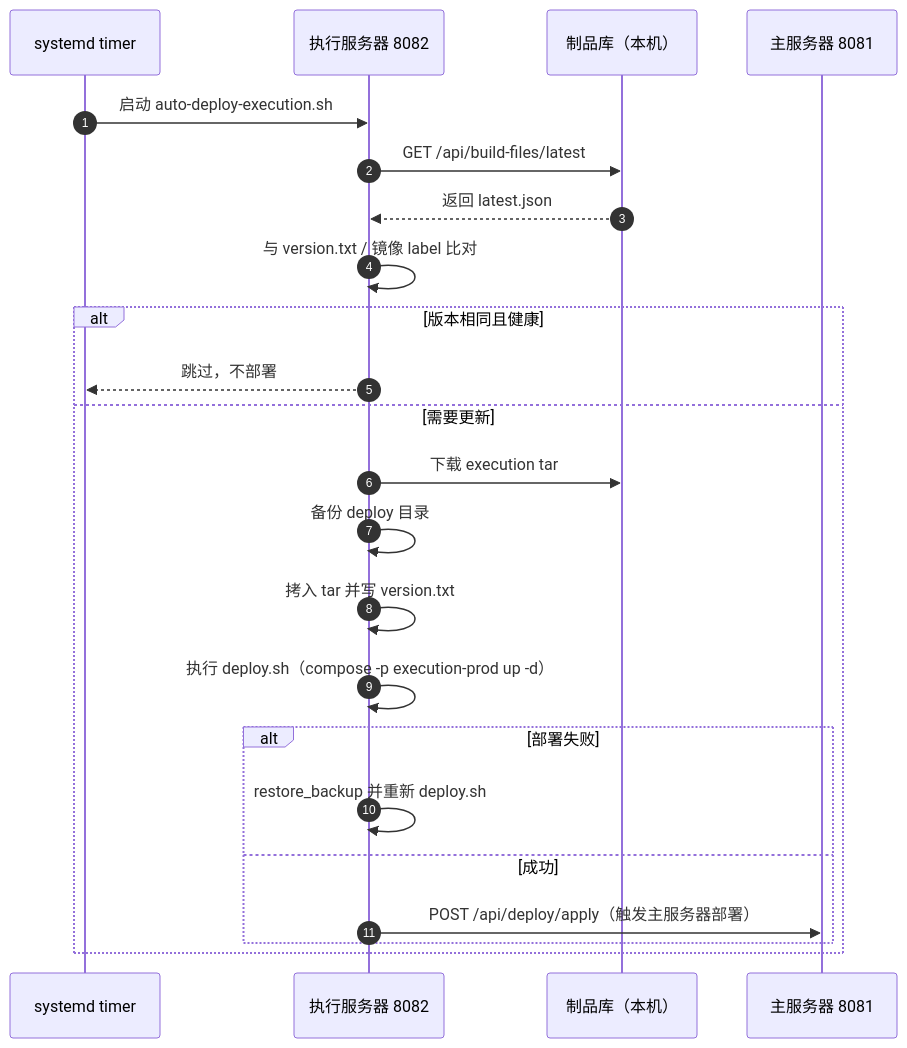
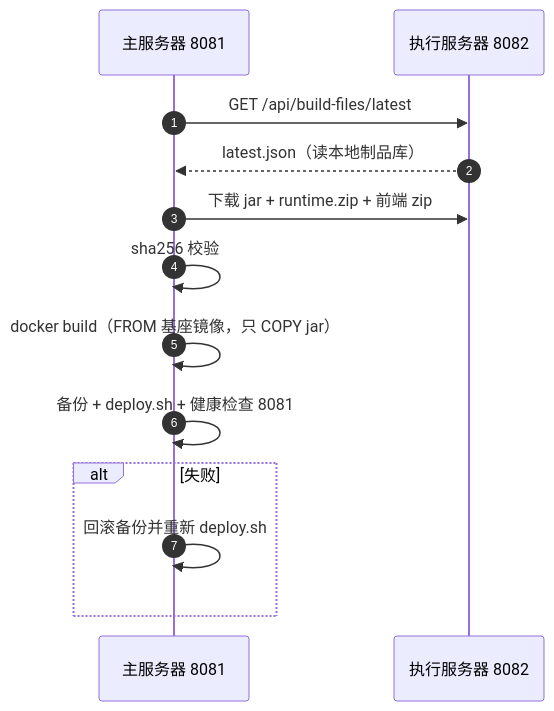
The third of 3 diagrams in doc/部署流程/自动部署链路改造设计-20261104.md (liuzh2008/med_ai_assistant_workspace), drawn with Mermaid before and after one commit. The commit also changed other lines of this file, not shown here.

First line of the commit message:
docs(部署): 自动部署链路设计 v2（Gitee 构建 + jar 分卷 + 生产侧 docker build）

````diff
--- a/doc/部署流程/自动部署链路改造设计-20261104.md
+++ b/doc/部署流程/自动部署链路改造设计-20261104.md
@@ -135,25 +123,15 @@
 ```mermaid
 sequenceDiagram
     autonumber
-    participant T as systemd timer
+    participant M as 主服务器 8081
     participant E as 执行服务器 8082
-    participant B as 制品库（本机）
-    participant M as 主服务器 8081
-    T->>E: 启动 auto-deploy-execution.sh
-    E->>B: GET /api/build-files/latest
-    B-->>E: 返回 latest.json
-    E->>E: 与 version.txt / 镜像 label 比对
-    alt 版本相同且健康
-        E-->>T: 跳过，不部署
-    else 需要更新
-        E->>B: 下载 execution tar
-        E->>E: 备份 deploy 目录
-        E->>E: 拷入 tar 并写 version.txt
-        E->>E: 执行 deploy.sh（compose -p execution-prod up -d）
-        alt 部署失败
-            E->>E: restore_backup 并重新 deploy.sh
-        else 成功
-            E->>M: POST /api/deploy/apply（触发主服务器部署）
-        end
+    M->>E: GET /api/build-files/latest
+    E-->>M: latest.json（读本地制品库）
+    M->>E: 下载 jar + runtime.zip + 前端 zip
+    M->>M: sha256 校验
+    M->>M: docker build（FROM 基座镜像，只 COPY jar）
+    M->>M: 备份 + deploy.sh + 健康检查 8081
+    alt 失败
+        M->>M: 回滚备份并重新 deploy.sh
     end
 ```
````
